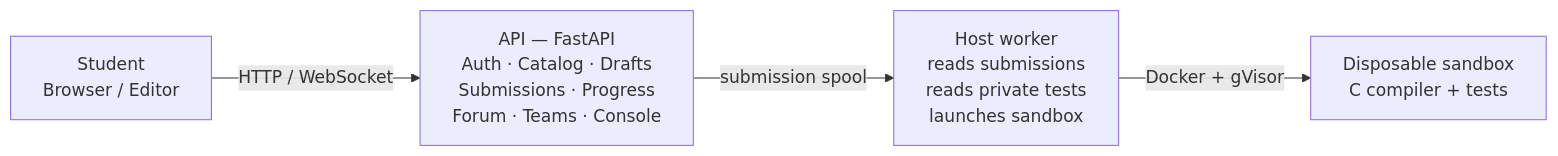
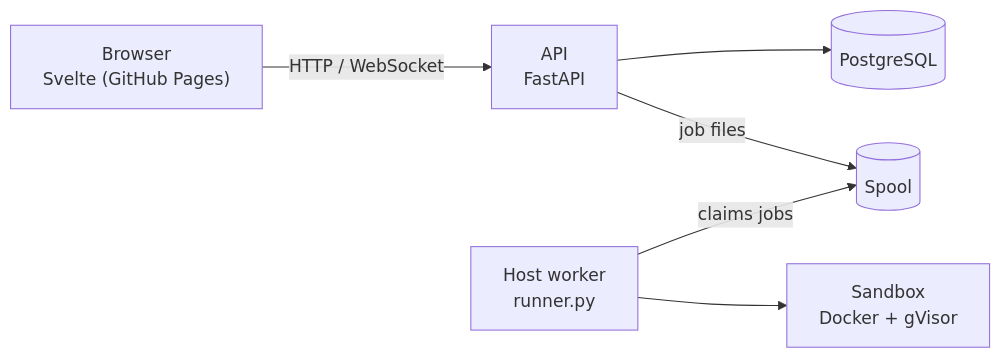
The diagram in README.md (Vianpyro/ctester), drawn with Mermaid before and after one commit. The commit also changed other lines of this file and 65 other files, not shown here.

````diff
--- a/README.md
+++ b/README.md
@@ -24,11 +18,15 @@
 ```mermaid
 flowchart LR
-    B["Student<br/>Browser / Editor"]
-    A["API — FastAPI<br/>Auth · Catalog · Drafts<br/>Submissions · Progress<br/>Forum · Teams · Console"]
-    W["Host worker<br/>reads submissions<br/>reads private tests<br/>launches sandbox"]
-    S["Disposable sandbox<br/>C compiler + tests"]
+    B["Browser<br/>Svelte (GitHub Pages)"]
+    A["API<br/>FastAPI"]
+    Q[("Spool")]
+    W["Host worker<br/>runner.py"]
+    S["Sandbox<br/>Docker + gVisor"]
+    DB[("PostgreSQL")]
 
     B -->|HTTP / WebSocket| A
-    A -->|submission spool| W
-    W -->|Docker + gVisor| S
+    A --> DB
+    A -->|job files| Q
+    W -->|claims jobs| Q
+    W --> S
 ```
````
